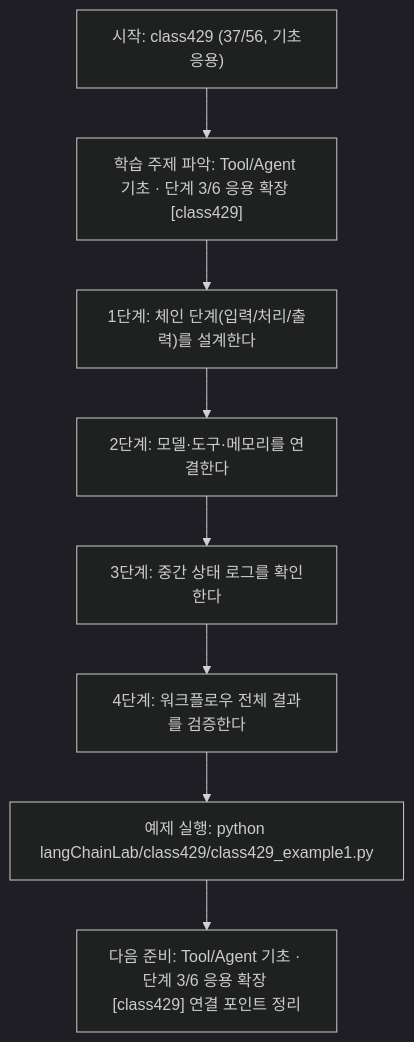
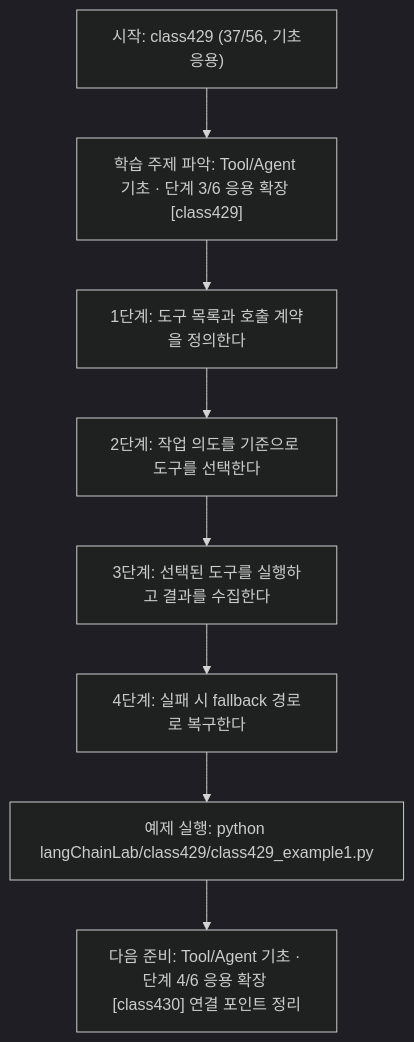
One commit to edumgt/Python-AI_Agent-Class changed the diagram in langChainLab/class429/class429.md. Above: the diagram before and after it, drawn with Mermaid (dark theme). The commit also changed other lines of this file and 395 other files, not shown here.

````diff
--- a/langChainLab/class429/class429.md
+++ b/langChainLab/class429/class429.md
@@ -110,18 +91,18 @@
 ```mermaid
 flowchart TD
 N1["시작: class429 (37/56, 기초응용)"]
 N2["학습 주제 파악: Tool/Agent 기초 · 단계 3/6 응용 확장 [class429]"]
-N3["1단계: 체인 단계(입력/처리/출력)를 설계한다"]
-N4["2단계: 모델·도구·메모리를 연결한다"]
-N5["3단계: 중간 상태 로그를 확인한다"]
-N6["4단계: 워크플로우 전체 결과를 검증한다"]
+N3["1단계: 도구 목록과 호출 계약을 정의한다"]
+N4["2단계: 작업 의도를 기준으로 도구를 선택한다"]
+N5["3단계: 선택된 도구를 실행하고 결과를 수집한다"]
+N6["4단계: 실패 시 fallback 경로로 복구한다"]
 N7["예제 실행: python langChainLab/class429/class429_example1.py"]
-N8["다음 준비: Tool/Agent 기초 · 단계 3/6 응용 확장 [class429] 연결 포인트 정리"]
+N8["다음 준비: Tool/Agent 기초 · 단계 4/6 응용 확장 [class430] 연결 포인트 정리"]
 N1 --> N2
 N2 --> N3
 N3 --> N4
 N4 --> N5
 N5 --> N6
 N6 --> N7
 N7 --> N8
 ```
````
